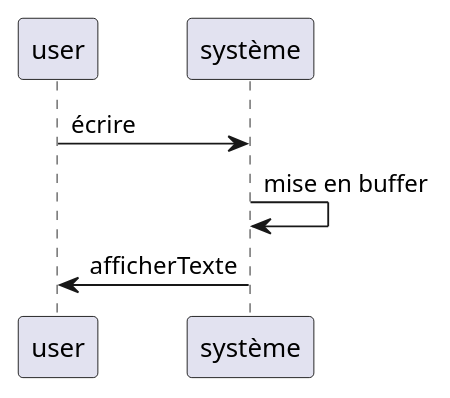
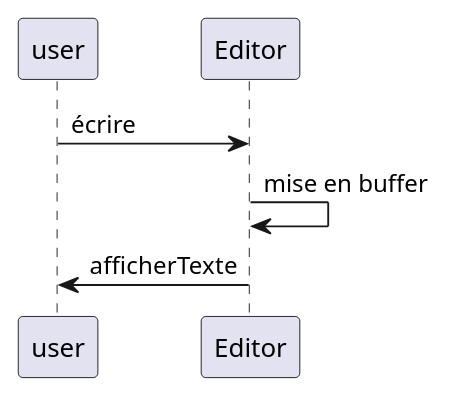
Before and after one commit to kiurow590/ESIR2_OMD_Project_Editor: the diagram in UMLDiag/v1/SequenceEcrire.puml, drawn with PlantUML. The commit also changed 12 other files, not shown here.

```diff
--- a/UMLDiag/v1/SequenceEcrire.puml
+++ b/UMLDiag/v1/SequenceEcrire.puml
@@ -1,7 +1,7 @@
 @startuml
 'https://plantuml.com/sequence-diagram
 
-user -> système: écrire
-système -> système: mise en buffer
-système -> user: afficherTexte
+user -> Editor: écrire
+Editor -> Editor: mise en buffer
+Editor -> user: afficherTexte
 @enduml
```
